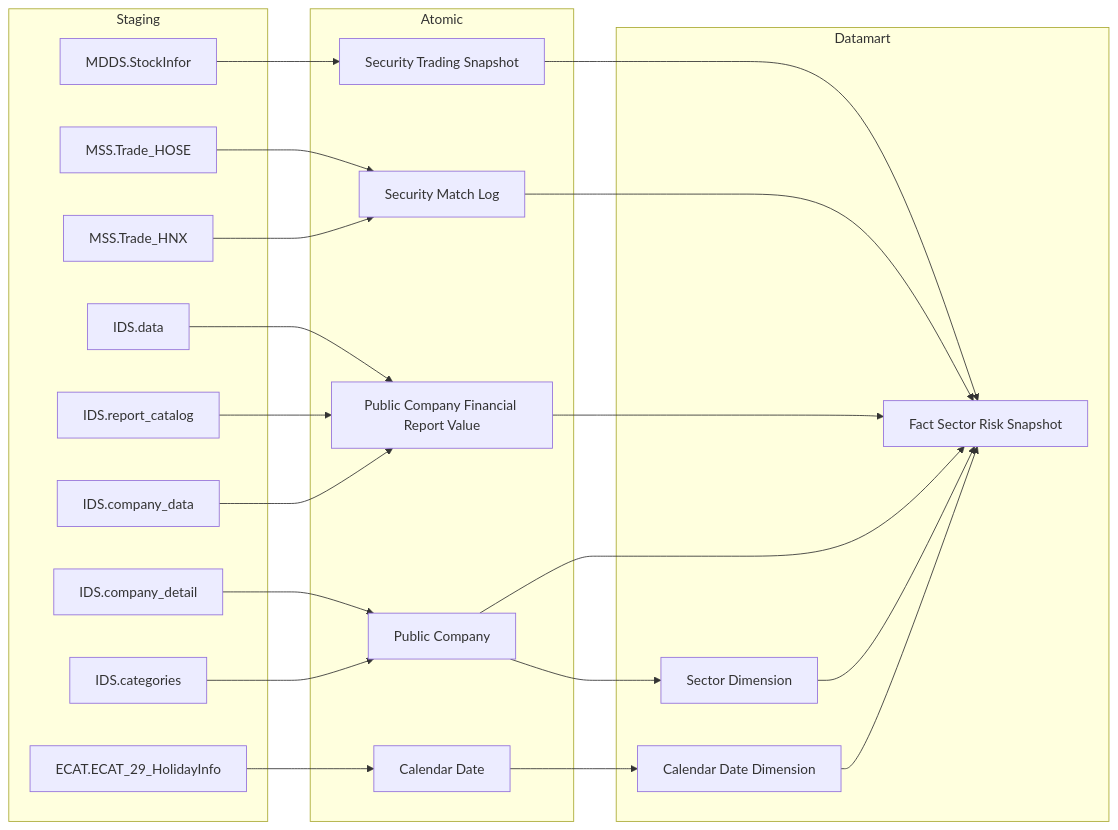
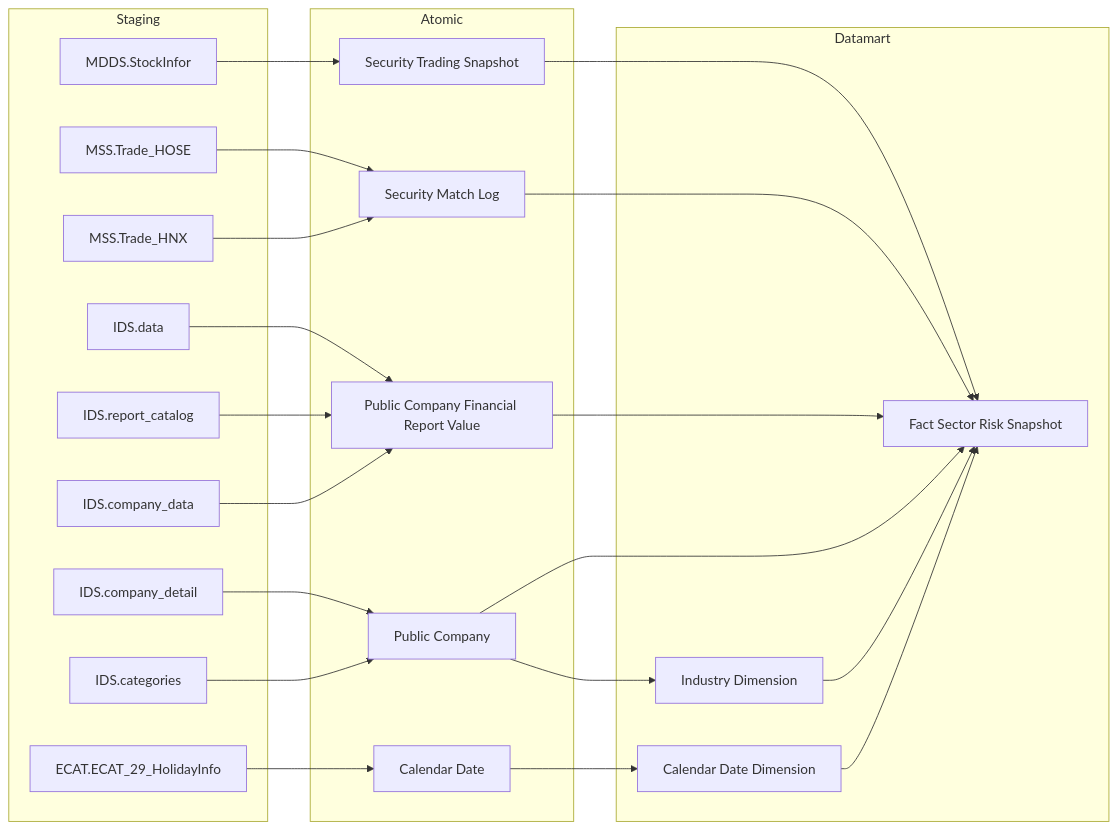
The second of 55 diagrams in Datamart/hld/DTM_PTTT_HLD.md (linhlvit/ubck_atomic_design), drawn with Mermaid before and after one commit. The commit also changed other lines of this file and 60 other files, not shown here.

````diff
--- a/Datamart/hld/DTM_PTTT_HLD.md
+++ b/Datamart/hld/DTM_PTTT_HLD.md
@@ -84,43 +84,43 @@
 ```mermaid
 flowchart LR
     subgraph SRC["Staging"]
         MDDS_StockInfor2["MDDS.StockInfor"]
         MSS_Trade_HOSE2["MSS.Trade_HOSE"]
         MSS_Trade_HNX2["MSS.Trade_HNX"]
         IDS_data["IDS.data"]
         IDS_report_catalog["IDS.report_catalog"]
         IDS_company_data["IDS.company_data"]
         IDS_company_detail["IDS.company_detail"]
         IDS_categories["IDS.categories"]
         ECAT_ECAT_29_HolidayInfo3["ECAT.ECAT_29_HolidayInfo"]
     end
     subgraph SIL["Atomic"]
         Security_Trading_Snapshot2["Security Trading Snapshot"]
         Security_Match_Log2["Security Match Log"]
         Public_Company_Financial_Report_Value["Public Company Financial Report Value"]
         Public_Company2["Public Company"]
         Calendar_Date3["Calendar Date"]
     end
     subgraph GOLD["Datamart"]
-        fct_sctr_rsk_snpst["Fact Sector Risk Snapshot"]
+        fct_sector_risk_snpst["Fact Sector Risk Snapshot"]
         cdr_dt_dim3["Calendar Date Dimension"]
-        sctr_dim3["Sector Dimension"]
+        industry_dim3["Industry Dimension"]
     end
     MDDS_StockInfor2 --> Security_Trading_Snapshot2
     MSS_Trade_HOSE2 --> Security_Match_Log2
     MSS_Trade_HNX2 --> Security_Match_Log2
     IDS_data --> Public_Company_Financial_Report_Value
     IDS_report_catalog --> Public_Company_Financial_Report_Value
     IDS_company_data --> Public_Company_Financial_Report_Value
     IDS_company_detail --> Public_Company2
     IDS_categories --> Public_Company2
     ECAT_ECAT_29_HolidayInfo3 --> Calendar_Date3
-    Security_Trading_Snapshot2 --> fct_sctr_rsk_snpst
-    Security_Match_Log2 --> fct_sctr_rsk_snpst
-    Public_Company_Financial_Report_Value --> fct_sctr_rsk_snpst
-    Public_Company2 --> fct_sctr_rsk_snpst
-    Public_Company2 --> sctr_dim3
+    Security_Trading_Snapshot2 --> fct_sector_risk_snpst
+    Security_Match_Log2 --> fct_sector_risk_snpst
+    Public_Company_Financial_Report_Value --> fct_sector_risk_snpst
+    Public_Company2 --> fct_sector_risk_snpst
+    Public_Company2 --> industry_dim3
     Calendar_Date3 --> cdr_dt_dim3
-    cdr_dt_dim3 --> fct_sctr_rsk_snpst
-    sctr_dim3 --> fct_sctr_rsk_snpst
+    cdr_dt_dim3 --> fct_sector_risk_snpst
+    industry_dim3 --> fct_sector_risk_snpst
 ```
````
